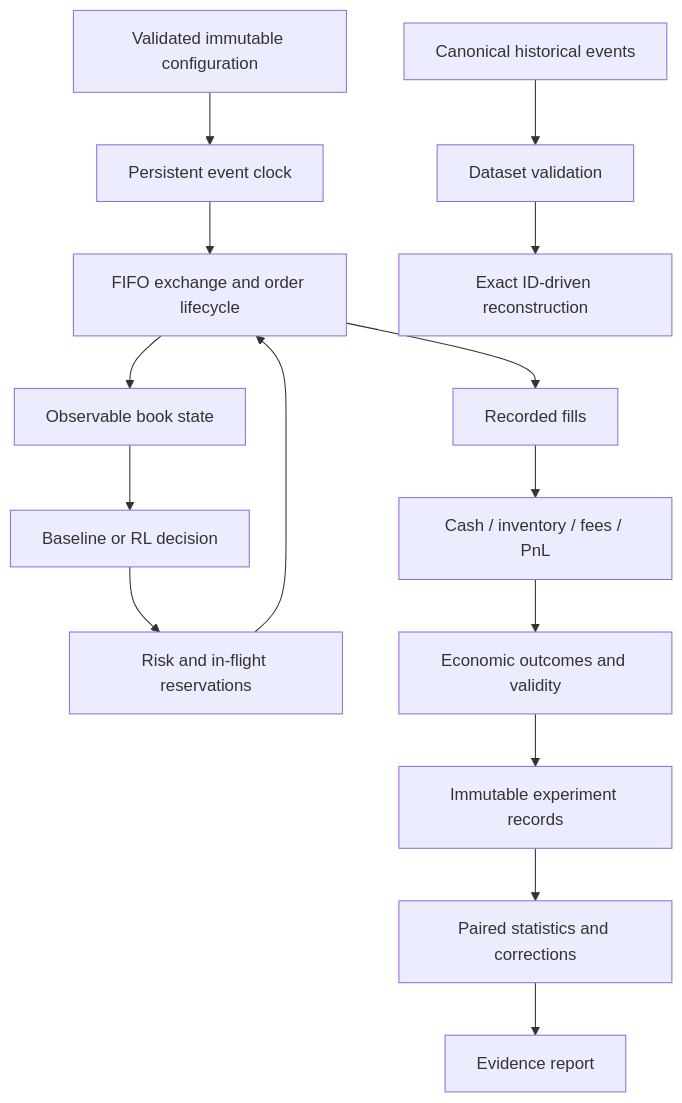
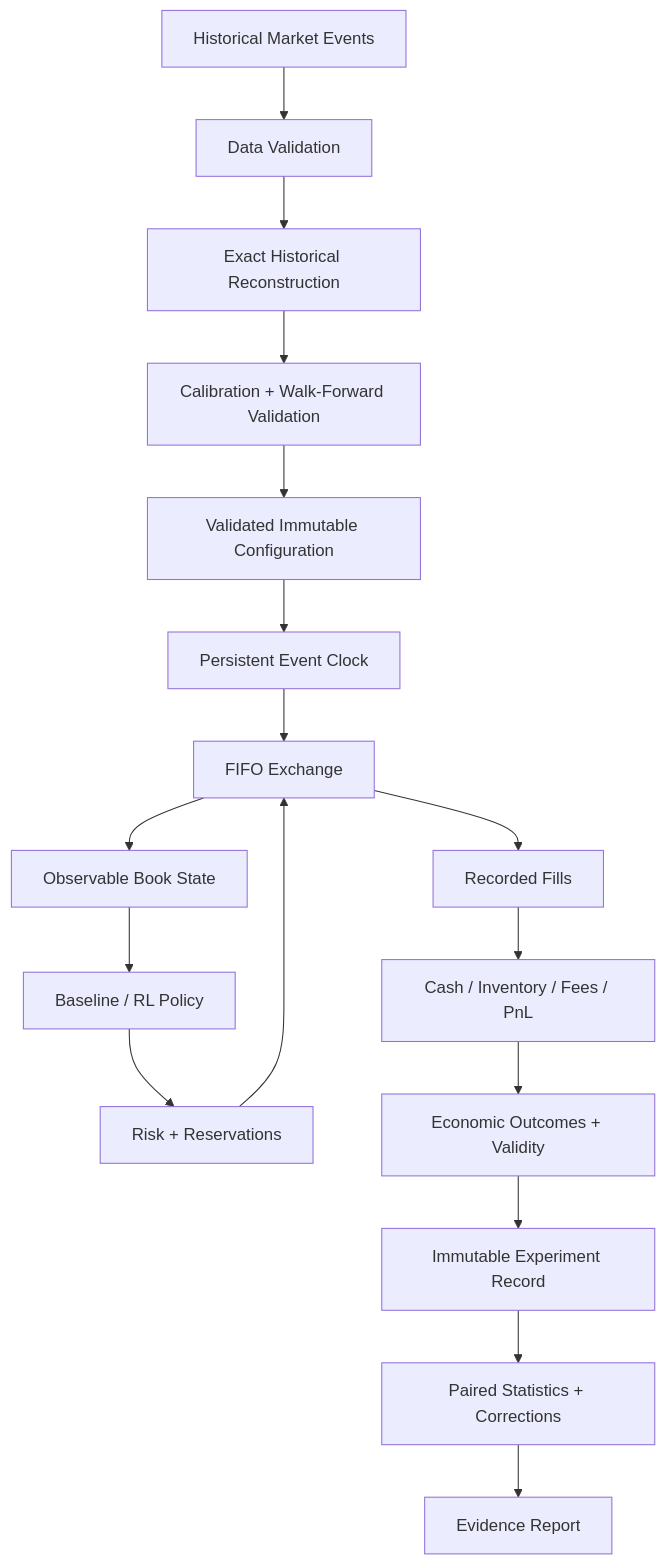
Before and after one commit to damraka/CleoLOB: the diagram in README.md, drawn with Mermaid. The commit also changed other lines of this file, not shown here.

````diff
--- a/README.md
+++ b/README.md
@@ -121,17 +368,36 @@
 ```mermaid
 flowchart TD
-    Config[Validated immutable configuration] --> Clock[Persistent event clock]
-    Clock --> Exchange[FIFO exchange and order lifecycle]
-    Agents[Baseline or RL decision] --> Risk[Risk and in-flight reservations]
+
+    Config[Validated Immutable Configuration]
+
+    Config --> Clock[Persistent Event Clock]
+
+    Clock --> Exchange[FIFO Exchange]
+
+    Agents[Baseline / RL Policy] --> Risk[Risk + Reservations]
+
     Risk --> Exchange
-    Exchange --> Fills[Recorded fills]
-    Fills --> Ledger[Cash / inventory / fees / PnL]
-    Exchange --> State[Observable book state]
+
+    Exchange --> Fills[Recorded Fills]
+    Exchange --> State[Observable Book State]
+
     State --> Agents
-    Ledger --> Metrics[Economic outcomes and validity]
-    Metrics --> Registry[Immutable experiment records]
-    Registry --> Stats[Paired statistics and corrections]
-    Stats --> Report[Evidence report]
-    Data[Canonical historical events] --> Validate[Dataset validation]
-    Validate --> Replay[Exact ID-driven reconstruction]
+
+    Fills --> Ledger[Cash / Inventory / Fees / PnL]
+
+    Ledger --> Metrics[Economic Outcomes + Validity]
+
+    Metrics --> Registry[Immutable Experiment Record]
+
+    Registry --> Stats[Paired Statistics + Corrections]
+
+    Stats --> Report[Evidence Report]
+
+    Data[Historical Market Events] --> Validate[Data Validation]
+
+    Validate --> Replay[Exact Historical Reconstruction]
+
+    Replay --> Calibration[Calibration + Walk-Forward Validation]
+
+    Calibration --> Config
 ```
````
